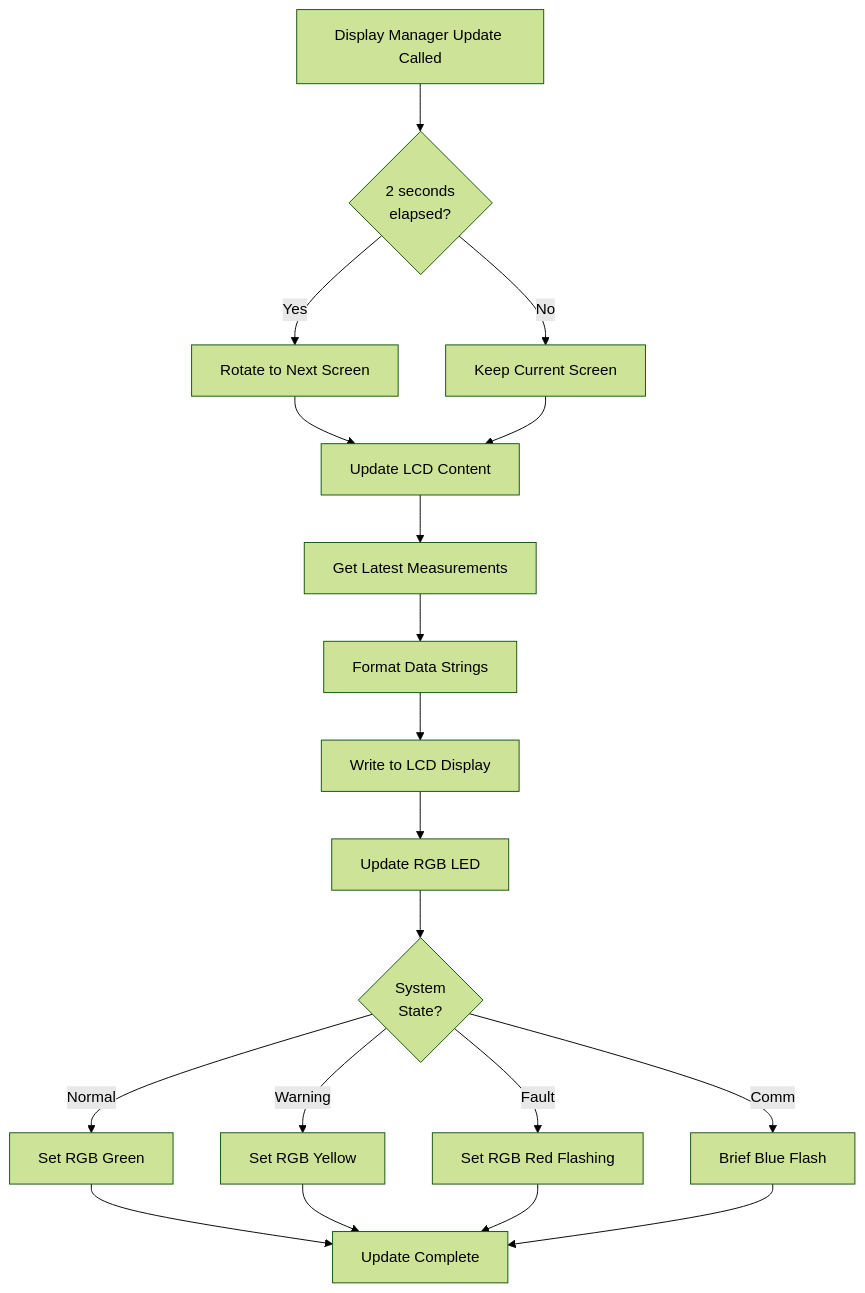
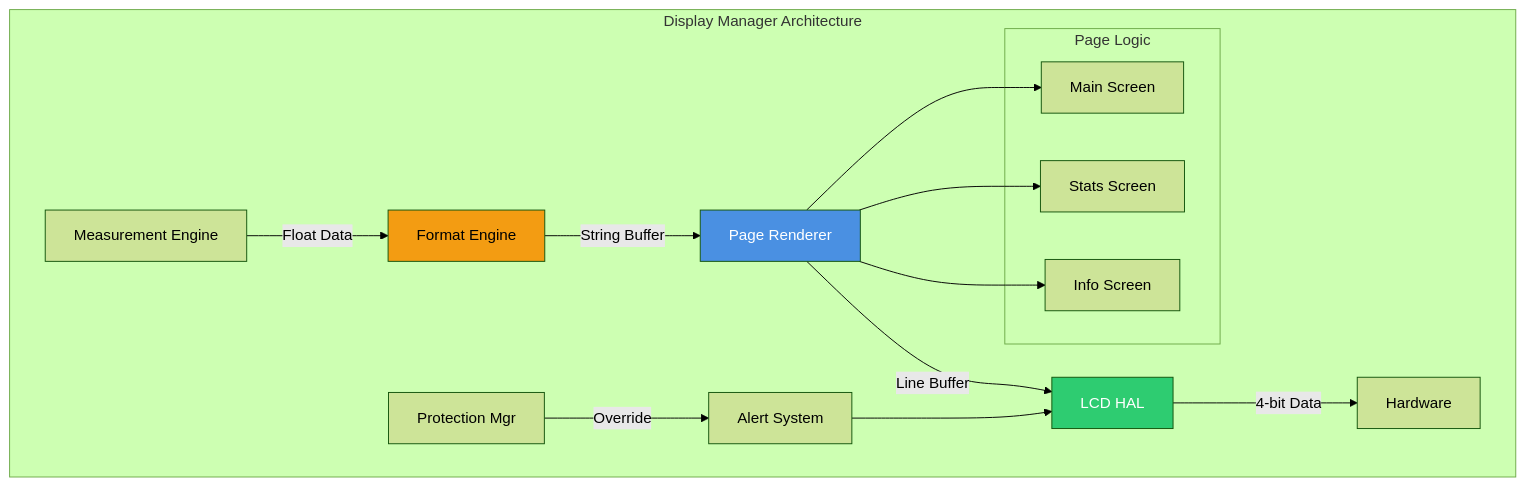
The first of 3 diagrams in Doc/Embedded/New/06_ImplementationDoc/Software_Layers/Application_Layer/Display_Manager/Display_Manager.md (Gestell-Solution/Smart_Energy_Management_System), drawn with Mermaid (forest theme) before and after one commit. The commit also changed other lines of this file and 30 other files, not shown here.

````diff
--- a/Doc/Embedded/New/06_ImplementationDoc/Software_Layers/Application_Layer/Display_Manager/Display_Manager.md
+++ b/Doc/Embedded/New/06_ImplementationDoc/Software_Layers/Application_Layer/Display_Manager/Display_Manager.md
@@ -229,21 +67,29 @@
 ```mermaid
-flowchart TD
-    START[Display Manager Update Called] --> CHECK_TIME{2 seconds<br/>elapsed?}
-    CHECK_TIME -->|Yes| ROTATE[Rotate to Next Screen]
-    CHECK_TIME -->|No| SKIP_ROTATE[Keep Current Screen]
-    ROTATE --> UPDATE_LCD[Update LCD Content]
-    SKIP_ROTATE --> UPDATE_LCD
-    UPDATE_LCD --> GET_DATA[Get Latest Measurements]
-    GET_DATA --> FORMAT[Format Data Strings]
-    FORMAT --> WRITE_LCD[Write to LCD Display]
-    WRITE_LCD --> UPDATE_RGB[Update RGB LED]
-    UPDATE_RGB --> CHECK_STATE{System<br/>State?}
-    CHECK_STATE -->|Normal| RGB_GREEN[Set RGB Green]
-    CHECK_STATE -->|Warning| RGB_YELLOW[Set RGB Yellow]
-    CHECK_STATE -->|Fault| RGB_RED[Set RGB Red Flashing]
-    CHECK_STATE -->|Comm| RGB_BLUE[Brief Blue Flash]
-    RGB_GREEN --> COMPLETE[Update Complete]
-    RGB_YELLOW --> COMPLETE
-    RGB_RED --> COMPLETE
-    RGB_BLUE --> COMPLETE
+graph TB
+    subgraph "Display Manager Architecture"
+        SRC[Measurement Engine] -->|Float Data| FORMAT[Format Engine]
+
+        FORMAT -->|String Buffer| PAGES[Page Renderer]
+
+        subgraph "Page Logic"
+            MAIN[Main Screen]
+            STAT[Stats Screen]
+            INFO[Info Screen]
+        end
+
+        PAGES --> MAIN
+        PAGES --> STAT
+        PAGES --> INFO
+
+        PAGES -->|Line Buffer| DRIVER[LCD HAL]
+
+        DRIVER -->|4-bit Data| HOW[Hardware]
+
+        PROT[Protection Mgr] -->|Override| ALERT[Alert System]
+        ALERT --> DRIVER
+    end
+
+    style FORMAT fill:#F39C12,color:#000
+    style PAGES fill:#4A90E2,color:#fff
+    style DRIVER fill:#2ECC71,color:#fff
 ```
````
